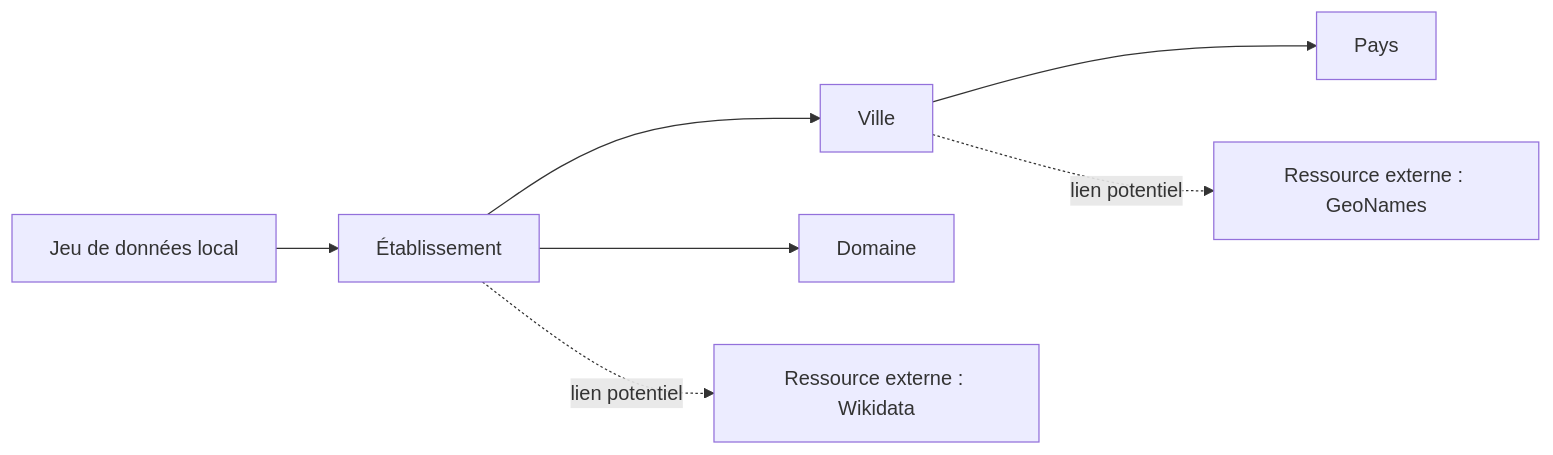
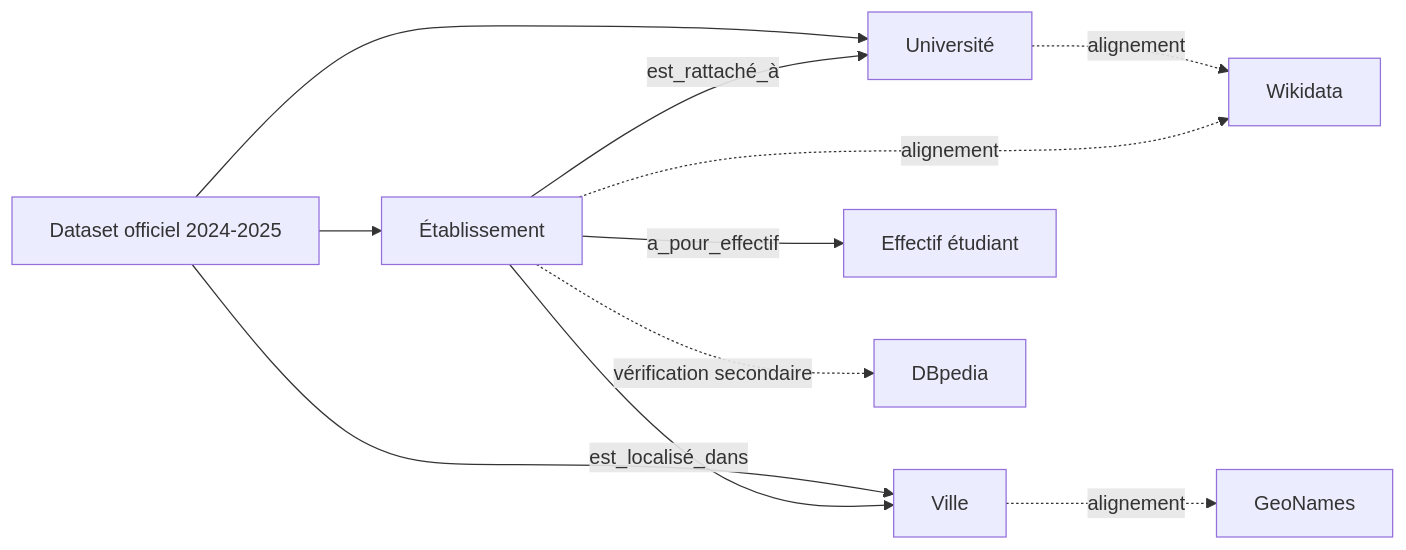
Before and after one commit to YounessBOUTYOUR/lod-tp1-template-goup-01: the diagram in deliverables/Groupe-01/seance/02_carte_des_liens.md, drawn with Mermaid. The commit also changed other lines of this file and 5 other files, not shown here.

````diff
--- a/deliverables/Groupe-01/seance/02_carte_des_liens.md
+++ b/deliverables/Groupe-01/seance/02_carte_des_liens.md
@@ -36,17 +42,22 @@
 ```mermaid
 graph LR
-  Dataset["Jeu de données local"]
-  Institution["Établissement"]
+  Dataset["Dataset officiel 2024-2025"]
+  Univ["Université"]
+  Etab["Établissement"]
   City["Ville"]
-  Country["Pays"]
-  Field["Domaine"]
-  WD["Ressource externe : Wikidata"]
-  GN["Ressource externe : GeoNames"]
+  Eff["Effectif étudiant"]
+  WD["Wikidata"]
+  GN["GeoNames"]
+  DBP["DBpedia"]
 
-  Dataset --> Institution
-  Institution --> City
-  City --> Country
-  Institution --> Field
-  Institution -. lien potentiel .-> WD
-  City -. lien potentiel .-> GN
+  Dataset --> Univ
+  Dataset --> Etab
+  Dataset --> City
+  Etab -->|est_rattaché_à| Univ
+  Etab -->|est_localisé_dans| City
+  Etab -->|a_pour_effectif| Eff
+  Univ -. alignement .-> WD
+  Etab -. alignement .-> WD
+  City -. alignement .-> GN
+  Etab -. vérification secondaire .-> DBP
 ```
````
